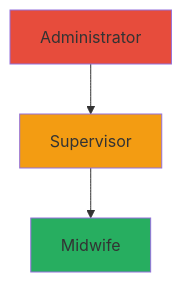
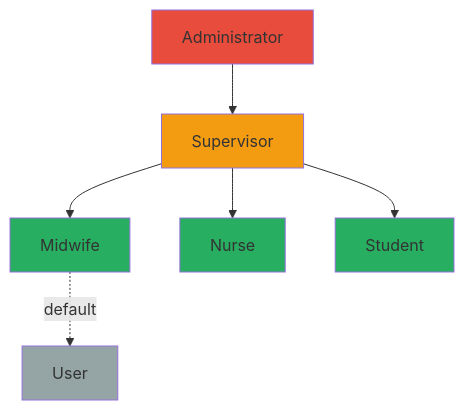
Before and after one commit to Abdulhalim7177/MotivAid-Native: the diagram in docs/USER_ROLES.md, drawn with Mermaid. The commit also changed other lines of this file and 14 other files, not shown here.

````diff
--- a/docs/USER_ROLES.md
+++ b/docs/USER_ROLES.md
@@ -5,9 +5,15 @@
 ```mermaid
 graph TD
     A[Administrator] --> S[Supervisor]
     S --> M[Midwife]
-    
+    S --> N[Nurse]
+    S --> ST[Student]
+    M -.default.-> U[User]
+
     style A fill:#e74c3c
     style S fill:#f39c12
     style M fill:#27ae60
+    style N fill:#27ae60
+    style ST fill:#27ae60
+    style U fill:#95a5a6
 ```
````
